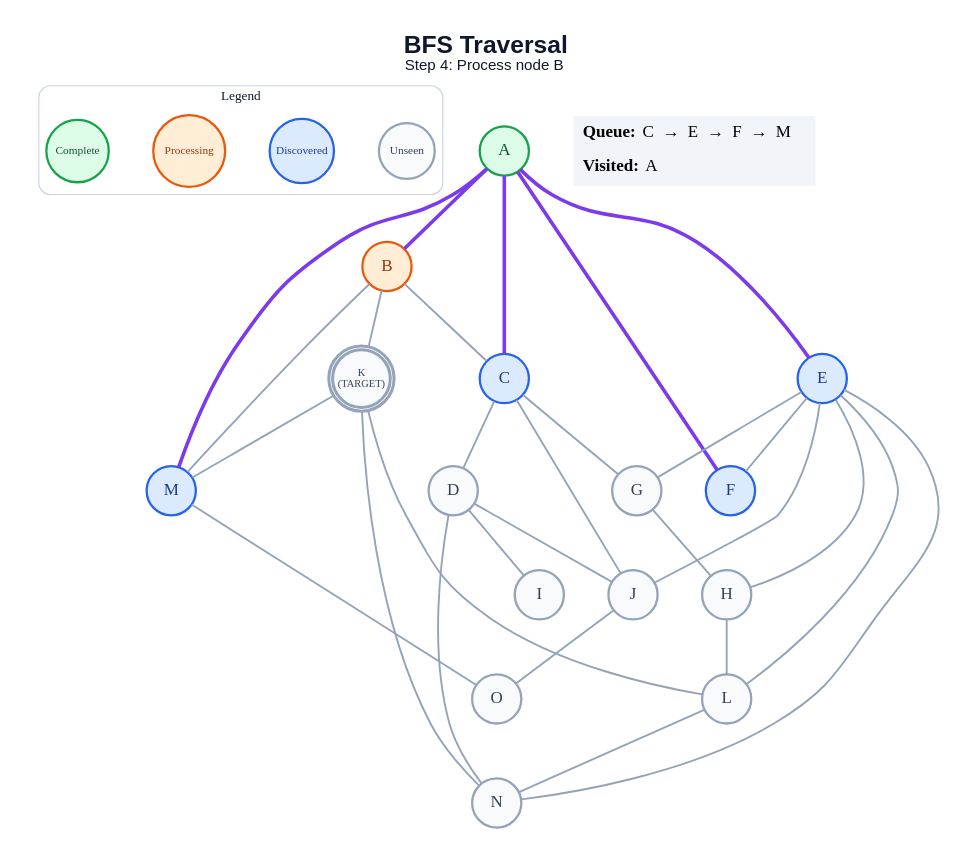
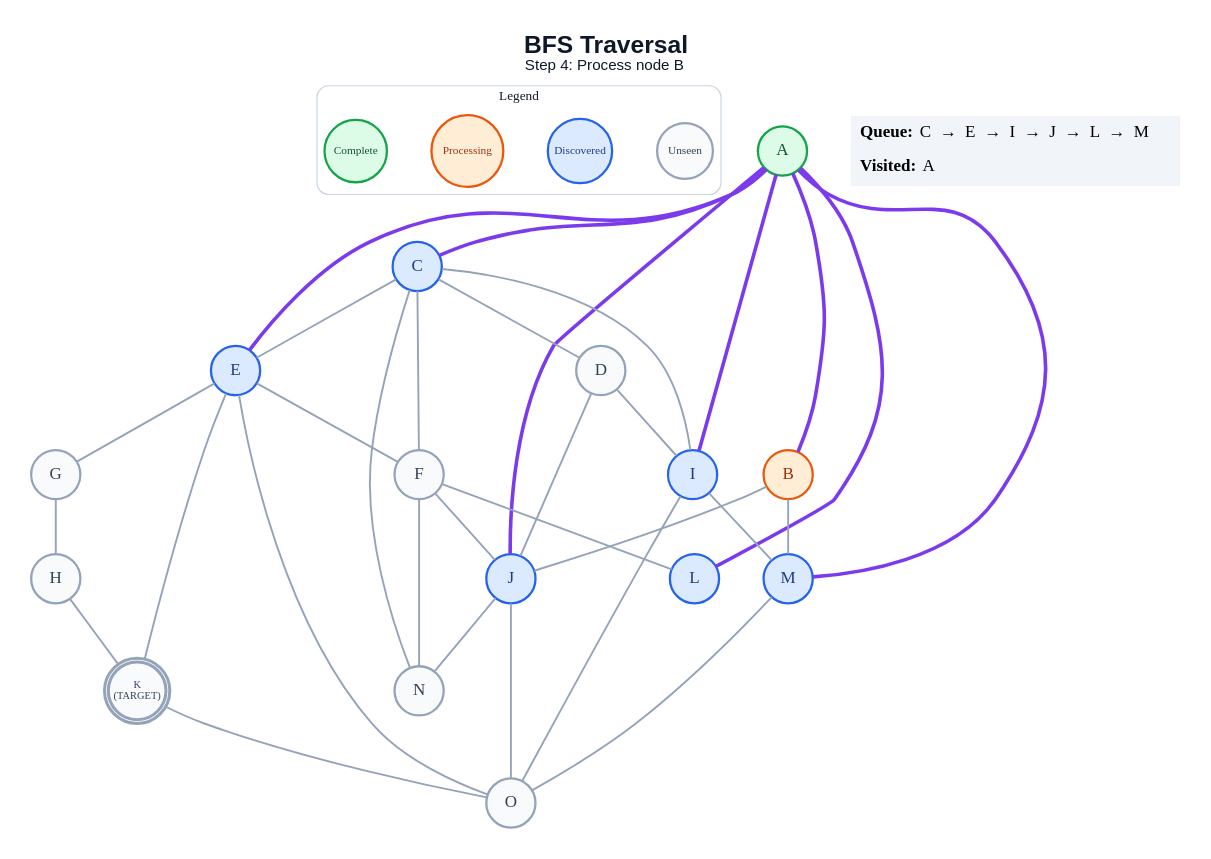
The diagram in generated/short-circuit/bfs/step_04.dot (anon7238593-create/ai-slop), drawn with Graphviz before and after one commit. The commit also changed 264 other files, not shown here.

```diff
--- a/generated/short-circuit/bfs/step_04.dot
+++ b/generated/short-circuit/bfs/step_04.dot
@@ -1,62 +1,65 @@
 graph traversal {
   graph [layout=dot, rankdir=TB, bgcolor="#FFFFFF", pad="0.35", nodesep="0.65", ranksep="0.8", fontname="Arial"];
   node [shape=circle, style="filled", fontname="Arial Bold", fontsize=18, width=0.72, fixedsize=true, penwidth=2.4];
   edge [color="#94A3B8", penwidth=2.0];
   label=<<B>BFS Traversal</B><BR/><FONT POINT-SIZE="16">Step 4: Process node B</FONT>>; labelloc="t"; fontsize=26; fontname="Arial"; fontcolor="#0F172A";
   subgraph cluster_legend { label="Legend"; color="#CBD5E1"; penwidth=1.2; style="rounded"; fontsize=14; fontname="Arial Bold";
     key_unseen [label="Unseen", fillcolor="#F8FAFC", color="#94A3B8", fontcolor="#334155", fontsize=12, width=0.82];
     key_frontier [label="Discovered", fillcolor="#DBEAFE", color="#2563EB", fontcolor="#1E3A8A", fontsize=12, width=0.95];
     key_current [label="Processing", fillcolor="#FFEDD5", color="#EA580C", fontcolor="#9A3412", fontsize=12, width=1.05];
     key_done [label="Complete", fillcolor="#DCFCE7", color="#16A34A", fontcolor="#14532D", fontsize=12, width=0.92];
     { rank=same; key_unseen; key_frontier; key_current; key_done; }
   }
   A [label="A", fillcolor="#DCFCE7", color="#16A34A", fontcolor="#14532D", peripheries=1, penwidth=2.4];
   B [label="B", fillcolor="#FFEDD5", color="#EA580C", fontcolor="#9A3412", peripheries=1, penwidth=2.4];
   C [label="C", fillcolor="#DBEAFE", color="#2563EB", fontcolor="#1E3A8A", peripheries=1, penwidth=2.4];
   D [label="D", fillcolor="#F8FAFC", color="#94A3B8", fontcolor="#334155", peripheries=1, penwidth=2.4];
   E [label="E", fillcolor="#DBEAFE", color="#2563EB", fontcolor="#1E3A8A", peripheries=1, penwidth=2.4];
-  F [label="F", fillcolor="#DBEAFE", color="#2563EB", fontcolor="#1E3A8A", peripheries=1, penwidth=2.4];
+  F [label="F", fillcolor="#F8FAFC", color="#94A3B8", fontcolor="#334155", peripheries=1, penwidth=2.4];
   G [label="G", fillcolor="#F8FAFC", color="#94A3B8", fontcolor="#334155", peripheries=1, penwidth=2.4];
   H [label="H", fillcolor="#F8FAFC", color="#94A3B8", fontcolor="#334155", peripheries=1, penwidth=2.4];
-  I [label="I", fillcolor="#F8FAFC", color="#94A3B8", fontcolor="#334155", peripheries=1, penwidth=2.4];
-  J [label="J", fillcolor="#F8FAFC", color="#94A3B8", fontcolor="#334155", peripheries=1, penwidth=2.4];
+  I [label="I", fillcolor="#DBEAFE", color="#2563EB", fontcolor="#1E3A8A", peripheries=1, penwidth=2.4];
+  J [label="J", fillcolor="#DBEAFE", color="#2563EB", fontcolor="#1E3A8A", peripheries=1, penwidth=2.4];
   K [label="K\n(TARGET)", fillcolor="#F8FAFC", color="#94A3B8", fontcolor="#334155", peripheries=2, penwidth=3.2, fontsize=11, width=0.85, height=0.85];
-  L [label="L", fillcolor="#F8FAFC", color="#94A3B8", fontcolor="#334155", peripheries=1, penwidth=2.4];
+  L [label="L", fillcolor="#DBEAFE", color="#2563EB", fontcolor="#1E3A8A", peripheries=1, penwidth=2.4];
   M [label="M", fillcolor="#DBEAFE", color="#2563EB", fontcolor="#1E3A8A", peripheries=1, penwidth=2.4];
   N [label="N", fillcolor="#F8FAFC", color="#94A3B8", fontcolor="#334155", peripheries=1, penwidth=2.4];
   O [label="O", fillcolor="#F8FAFC", color="#94A3B8", fontcolor="#334155", peripheries=1, penwidth=2.4];
   A -- B [color="#7C3AED", penwidth=3.8];
   A -- C [color="#7C3AED", penwidth=3.8];
   A -- E [color="#7C3AED", penwidth=3.8];
-  A -- F [color="#7C3AED", penwidth=3.8];
+  A -- I [color="#7C3AED", penwidth=3.8];
+  A -- J [color="#7C3AED", penwidth=3.8];
+  A -- L [color="#7C3AED", penwidth=3.8];
   A -- M [color="#7C3AED", penwidth=3.8];
-  B -- C;
-  B -- K;
+  B -- J;
   B -- M;
   C -- D;
-  C -- G;
-  C -- J;
+  C -- E;
+  C -- F;
+  C -- I;
+  C -- N;
   D -- I;
   D -- J;
-  D -- N;
   E -- F;
   E -- G;
-  E -- H;
-  E -- J;
-  E -- L;
-  E -- N;
+  E -- K;
+  E -- O;
+  F -- J;
+  F -- L;
+  F -- N;
   G -- H;
-  H -- L;
+  H -- K;
+  I -- M;
+  I -- O;
+  J -- N;
   J -- O;
-  K -- L;
-  K -- M;
-  K -- N;
-  L -- N;
+  K -- O;
   M -- O;
   status [shape=plain, fixedsize=false, width=0, height=0, margin=0, label=<
     <TABLE BORDER="0" CELLBORDER="0" CELLPADDING="7" BGCOLOR="#F1F5F9">
-      <TR><TD ALIGN="LEFT"><B>Queue:</B> C  →  E  →  F  →  M</TD></TR>
+      <TR><TD ALIGN="LEFT"><B>Queue:</B> C  →  E  →  I  →  J  →  L  →  M</TD></TR>
       <TR><TD ALIGN="LEFT"><B>Visited:</B> A</TD></TR>
     </TABLE>
   >];
 }
```
